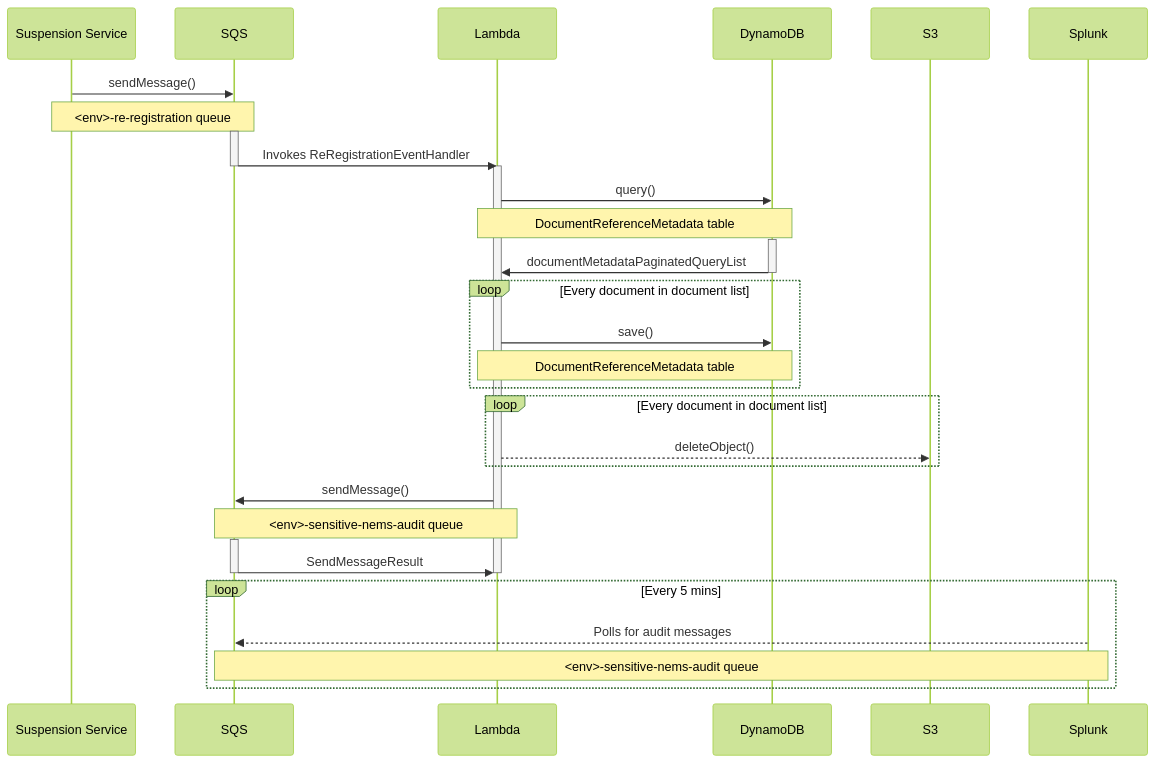
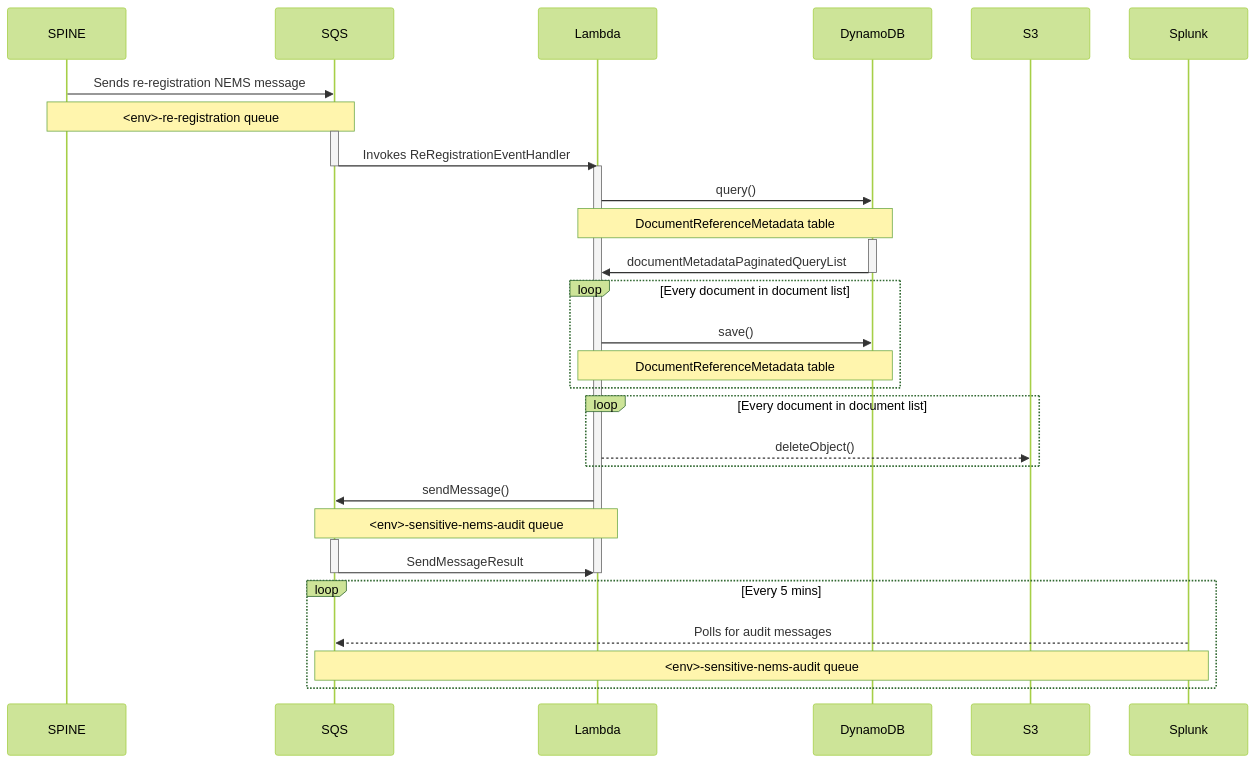
The diagram in docs/diagrams/sequence/re-registration.md (nhsconnect/document-store-prototype), drawn with Mermaid (forest theme) before and after one commit. The commit also changed other lines of this file, not shown here.

Commit message:
[DIAGRAM] Update re-registration sequence diagram with SPINE

````diff
--- a/docs/diagrams/sequence/re-registration.md
+++ b/docs/diagrams/sequence/re-registration.md
@@ -13,31 +13,31 @@
 ```mermaid
 sequenceDiagram
-    Suspension Service ->> SQS: sendMessage()
-    Note over Suspension Service, SQS: <env>-re-registration queue
+    SPINE ->> SQS: Sends re-registration NEMS message
+    Note over SPINE, SQS: <env>-re-registration queue
     activate SQS
     SQS ->> Lambda: Invokes ReRegistrationEventHandler
     deactivate SQS
     activate Lambda
     Lambda ->> DynamoDB: query()
     Note over Lambda, DynamoDB: DocumentReferenceMetadata table
     activate DynamoDB
     DynamoDB ->> Lambda: documentMetadataPaginatedQueryList
     deactivate DynamoDB
     loop Every document in document list
         Lambda ->> DynamoDB: save()
         Note over Lambda, DynamoDB: DocumentReferenceMetadata table
     end
     loop Every document in document list
         Lambda -->> S3: deleteObject()
     end
     Lambda ->> SQS: sendMessage()
     Note over Lambda, SQS: <env>-sensitive-nems-audit queue
     activate SQS
     SQS ->> Lambda: SendMessageResult
     deactivate SQS
     deactivate Lambda
     loop Every 5 mins
         Splunk -->> SQS: Polls for audit messages
         Note over Splunk, SQS: <env>-sensitive-nems-audit queue
     end
 ```
````
